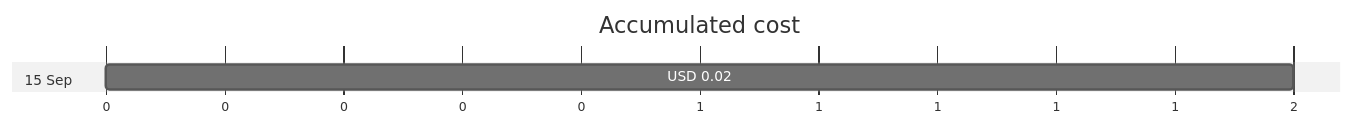
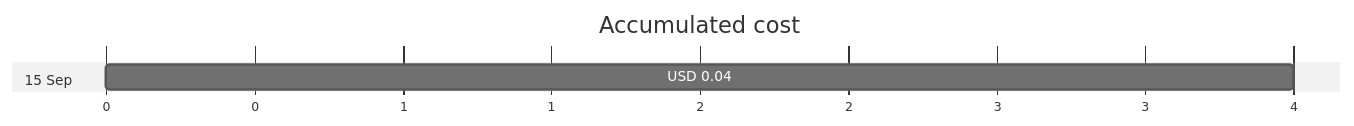
The first of 4 diagrams in cost-reports/personal-network/vpn-server_OsDisk.md (jpfulton/azure-personal-reports), drawn with Mermaid (neutral theme) before and after one commit. The commit also changed other lines of this file and 14 other files, not shown here.

````diff
--- a/cost-reports/personal-network/vpn-server_OsDisk.md
+++ b/cost-reports/personal-network/vpn-server_OsDisk.md
@@ -20,8 +20,8 @@
 ```mermaid
 gantt
    title Accumulated cost
    dateFormat  X
    axisFormat %s
    section 15 Sep
-   USD 0.02 :0, 2
+   USD 0.04 :0, 4
 ```
````
